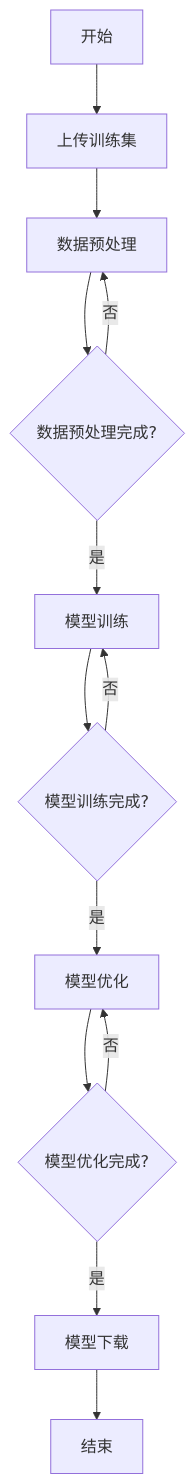
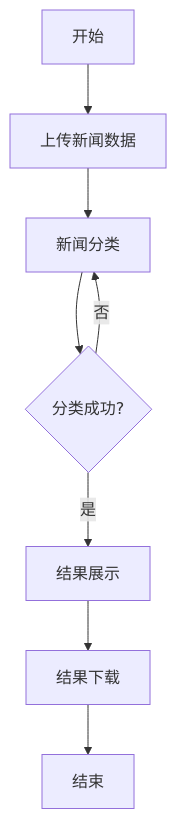
Before and after one commit to zizairufeng/iodraw-files: the diagram in all/未命名.md, drawn with Mermaid.

Commit message:
2025-03-23 17:48:52 update

````diff
--- a/all/未命名.md
+++ b/all/未命名.md
@@ -1,15 +1,10 @@
 ```mermaid
 graph TD
-    Start[开始] --> A[上传训练集]
-    A --> B[数据预处理]
-    B --> C{数据预处理完成?}
-    C -->|是| D[模型训练]
+    Start[开始] --> A[上传新闻数据]
+    A --> B[新闻分类]
+    B --> C{分类成功?}
+    C -->|是| D[结果展示]
     C -->|否| B
-    D --> E{模型训练完成?}
-    E -->|是| F[模型优化]
-    E -->|否| D
-    F --> G{模型优化完成?}
-    G -->|是| H[模型下载]
-    G -->|否| F
-    H --> End[结束]
+    D --> E[结果下载]
+    E --> End[结束]
 ```
````
